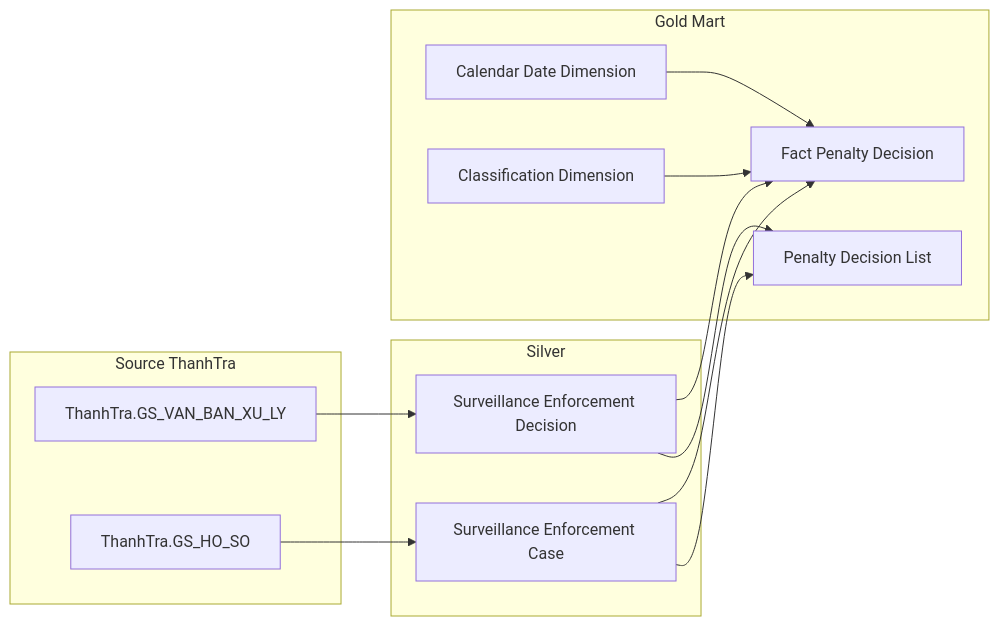
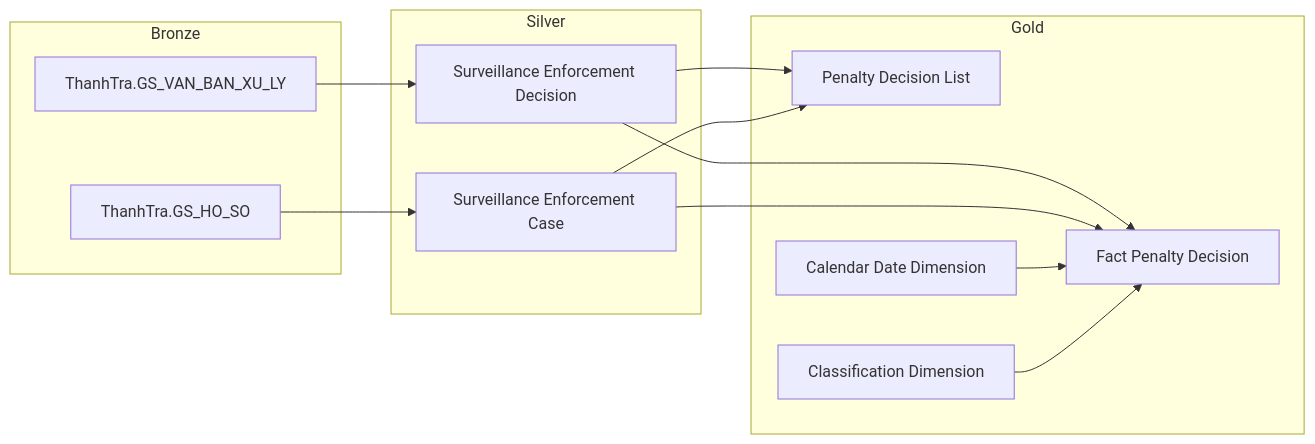
The third of 25 diagrams in Gold/hld/GOLD_TT_HLD.md (linhlvit/ubck_atomic_design), drawn with Mermaid before and after one commit. The commit also changed other lines of this file and 3 other files, not shown here.

````diff
--- a/Gold/hld/GOLD_TT_HLD.md
+++ b/Gold/hld/GOLD_TT_HLD.md
@@ -95,30 +97,32 @@
 ```mermaid
 flowchart LR
-    subgraph SRC["Source ThanhTra"]
+    subgraph SRC["Bronze"]
         S1["ThanhTra.GS_VAN_BAN_XU_LY"]
         S2["ThanhTra.GS_HO_SO"]
     end
 
     subgraph SIL["Silver"]
         SV1["Surveillance Enforcement Decision"]
         SV2["Surveillance Enforcement Case"]
     end
 
-    subgraph GOLD["Gold Mart"]
+    subgraph GOLD["Gold"]
         G1["Fact Penalty Decision"]
         G2["Penalty Decision List"]
         G3["Calendar Date Dimension"]
         G4["Classification Dimension"]
     end
 
     S1 --> SV1
     S2 --> SV2
 
     SV1 --> G1
     SV2 --> G1
     SV1 --> G2
     SV2 --> G2
 
+    SV2 ~~~ G3
+
     G3 --> G1
     G4 --> G1
 ```
````
